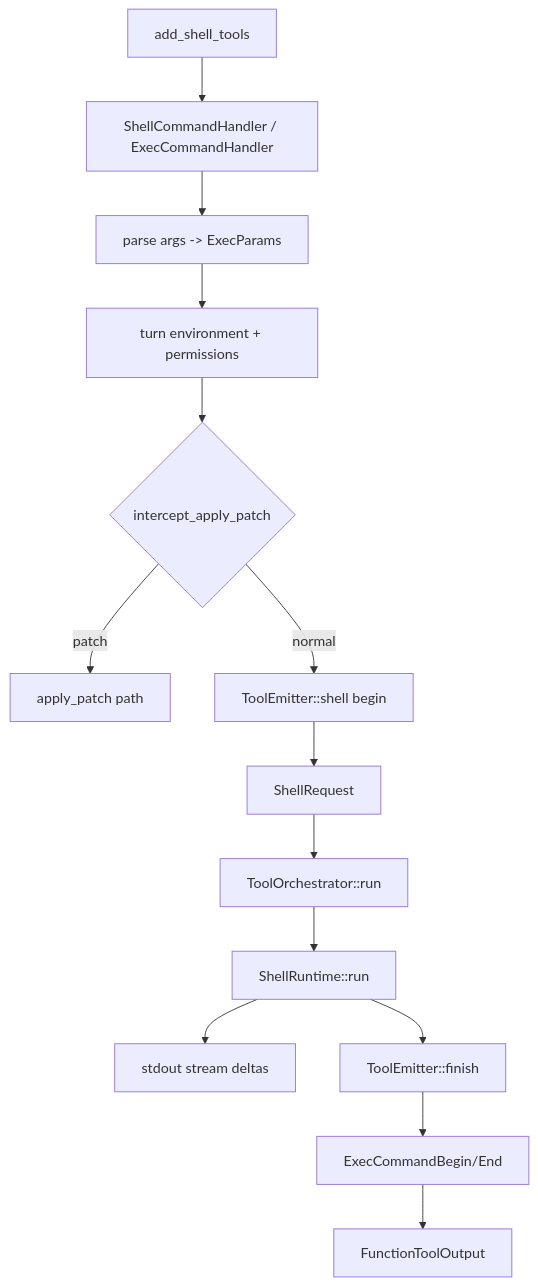
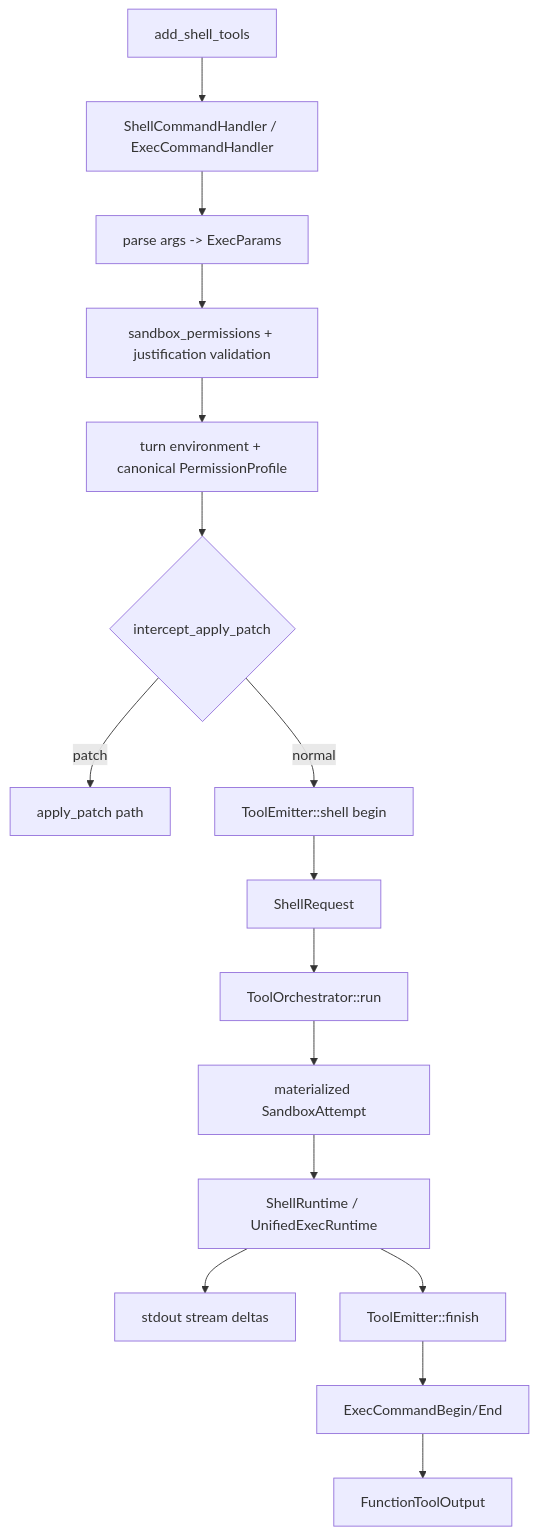
One commit to wdnmdtonyma/SOTA-Agent-LLM-Wiki changed the diagram in docs/llm-wiki/codex/spine/shell-exec-flow.md. Above: the diagram before and after it, drawn with Mermaid. The commit also changed other lines of this file and 183 other files, not shown here.

````diff
--- a/docs/llm-wiki/codex/spine/shell-exec-flow.md
+++ b/docs/llm-wiki/codex/spine/shell-exec-flow.md
@@ -24,16 +24,18 @@
 ```mermaid
 flowchart TD
     SPEC["add_shell_tools"] --> HANDLER["ShellCommandHandler / ExecCommandHandler"]
     HANDLER --> PARAMS["parse args -> ExecParams"]
-    PARAMS --> ENV["turn environment + permissions"]
+    PARAMS --> VALIDATE["sandbox_permissions + justification validation"]
+    VALIDATE --> ENV["turn environment + canonical PermissionProfile"]
     ENV --> PATCH{"intercept_apply_patch"}
     PATCH -->|patch| APPLY["apply_patch path"]
     PATCH -->|normal| EMIT["ToolEmitter::shell begin"]
     EMIT --> REQ["ShellRequest"]
     REQ --> ORCH["ToolOrchestrator::run"]
-    ORCH --> RUNTIME["ShellRuntime::run"]
+    ORCH --> ATTEMPT["materialized SandboxAttempt"]
+    ATTEMPT --> RUNTIME["ShellRuntime / UnifiedExecRuntime"]
     RUNTIME --> STDOUT["stdout stream deltas"]
     RUNTIME --> FINISH["ToolEmitter::finish"]
     FINISH --> EVENTS["ExecCommandBegin/End"]
     EVENTS --> MODEL["FunctionToolOutput"]
 ```
````
